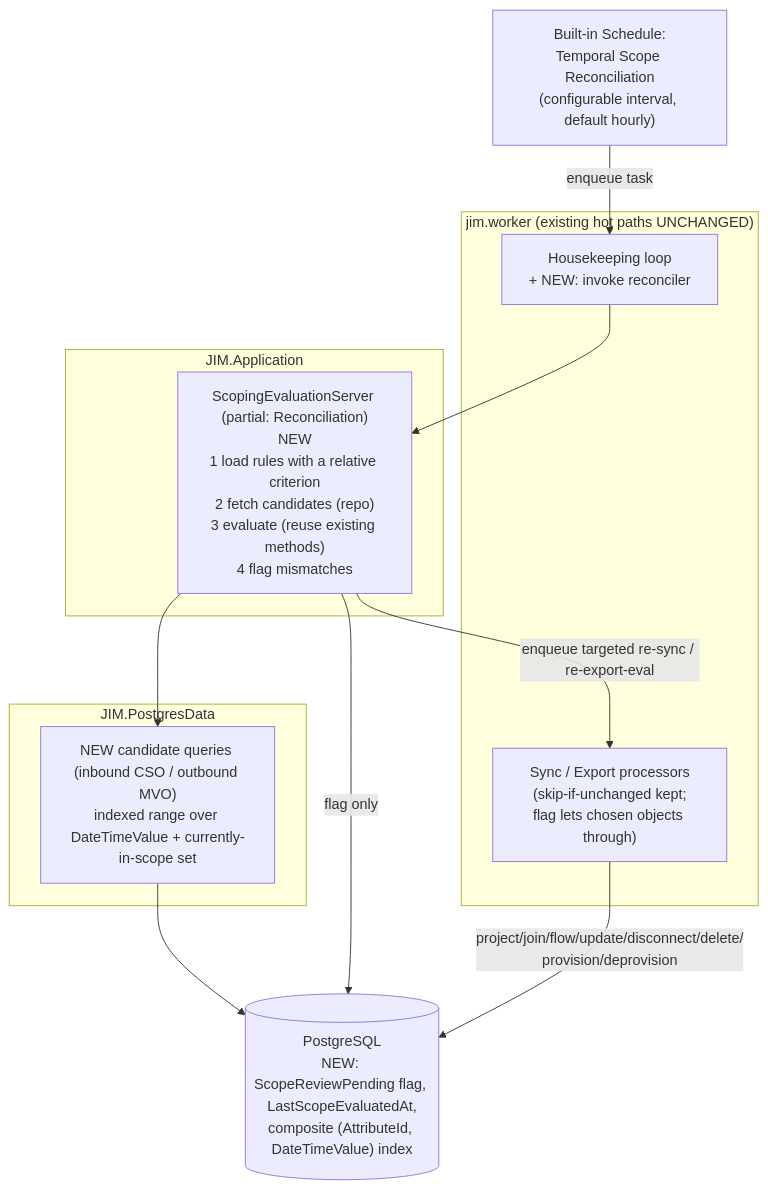
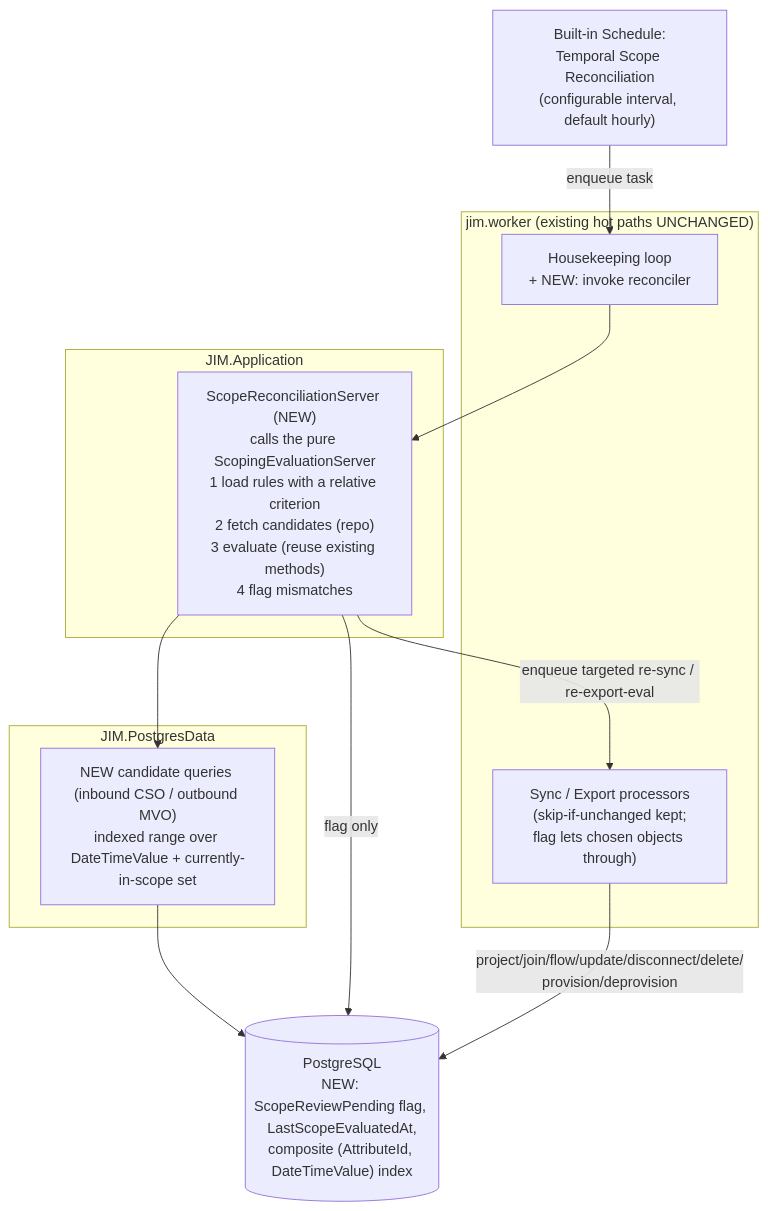
The first of 2 diagrams in engineering/plans/doing/TEMPORAL_SCOPE_REEVALUATION.md (TetronIO/JIM), drawn with Mermaid before and after one commit. The commit also changed other lines of this file, not shown here.

First line of the commit message:
docs(engineering): revise #892 reconciler home to a new server

````diff
--- a/engineering/plans/doing/TEMPORAL_SCOPE_REEVALUATION.md
+++ b/engineering/plans/doing/TEMPORAL_SCOPE_REEVALUATION.md
@@ -45,27 +45,27 @@
 ```mermaid
 flowchart TB
     sched["Built-in Schedule:<br/>Temporal Scope Reconciliation<br/>(configurable interval, default hourly)"]
 
     subgraph worker["jim.worker (existing hot paths UNCHANGED)"]
         hk["Housekeeping loop<br/>+ NEW: invoke reconciler"]
         sync["Sync / Export processors<br/>(skip-if-unchanged kept;<br/>flag lets chosen objects through)"]
     end
 
     subgraph app["JIM.Application"]
-        rec["ScopingEvaluationServer (partial: Reconciliation)<br/>NEW<br/>1 load rules with a relative criterion<br/>2 fetch candidates (repo)<br/>3 evaluate (reuse existing methods)<br/>4 flag mismatches"]
+        rec["ScopeReconciliationServer (NEW)<br/>calls the pure ScopingEvaluationServer<br/>1 load rules with a relative criterion<br/>2 fetch candidates (repo)<br/>3 evaluate (reuse existing methods)<br/>4 flag mismatches"]
     end
 
     subgraph data["JIM.PostgresData"]
         q["NEW candidate queries (inbound CSO / outbound MVO)<br/>indexed range over DateTimeValue + currently-in-scope set"]
     end
 
     db[("PostgreSQL<br/>NEW: ScopeReviewPending flag, LastScopeEvaluatedAt,<br/>composite (AttributeId, DateTimeValue) index")]
 
     sched -->|enqueue task| hk
     hk --> rec
     rec --> q
     q --> db
     rec -->|flag only| db
     rec -->|enqueue targeted re-sync / re-export-eval| sync
     sync -->|project/join/flow/update/disconnect/delete/<br/>provision/deprovision| db
 ```
````
